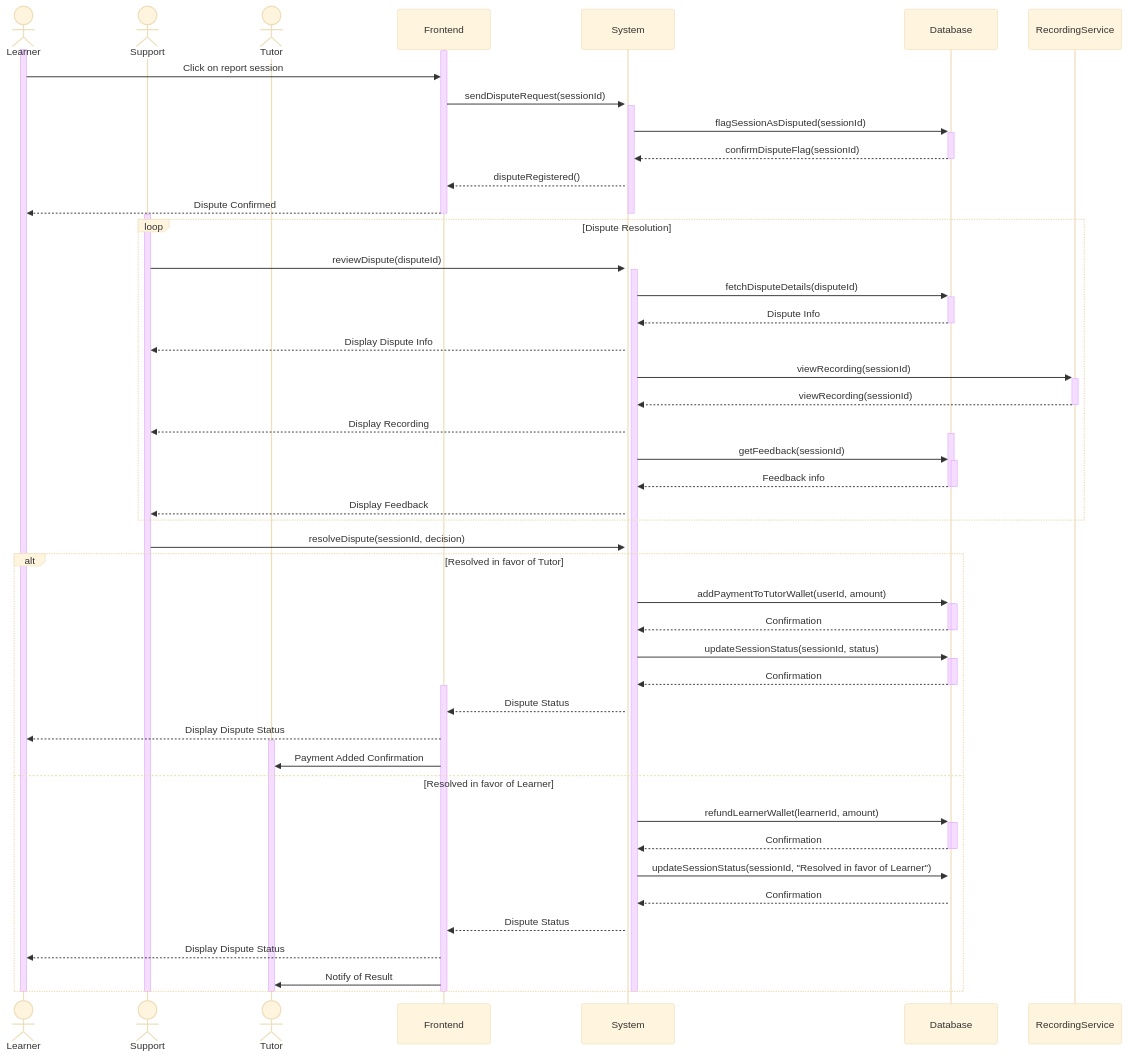
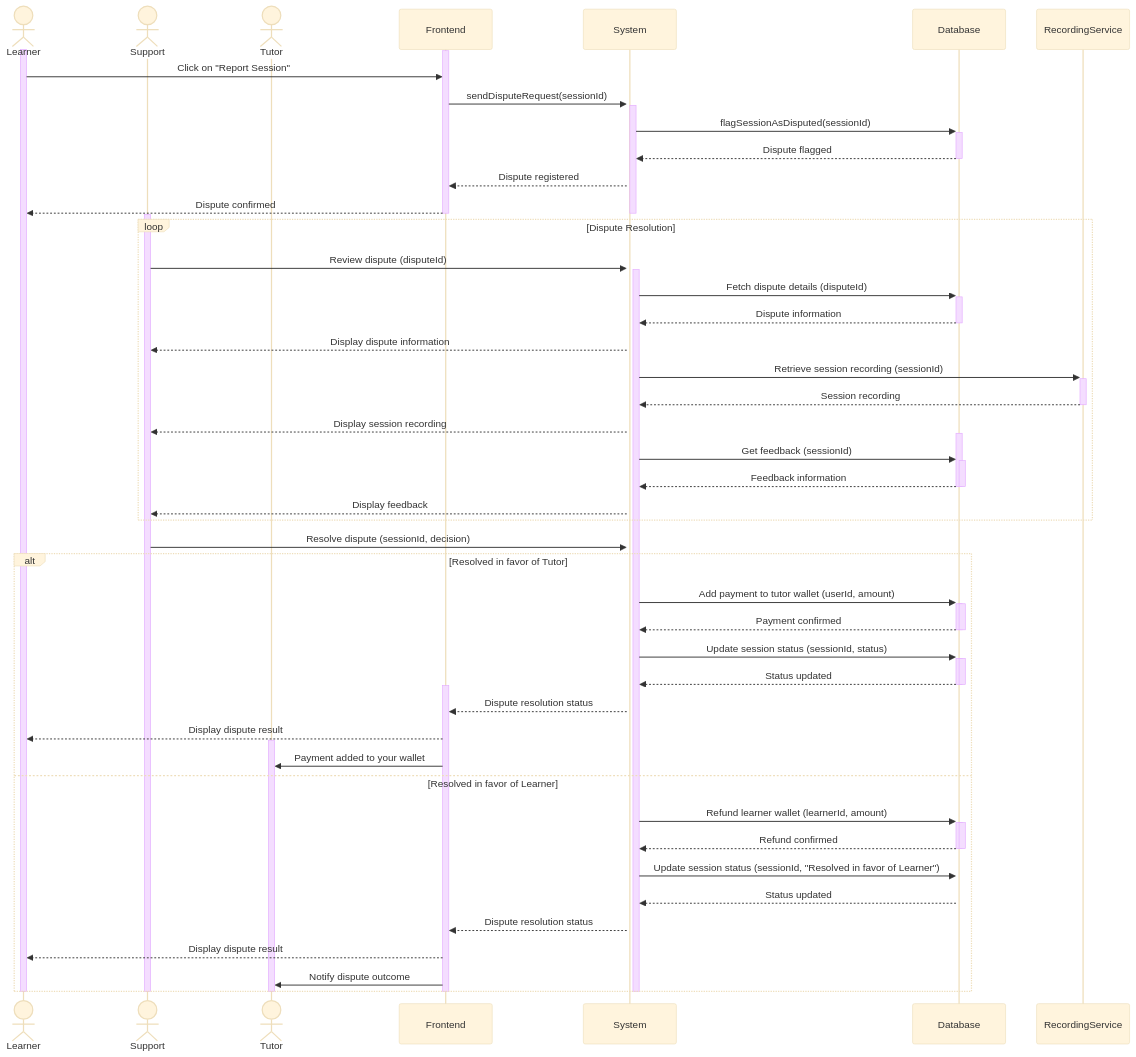
One commit to Shaar03/Diagrams changed the diagram in disputeHandling.mermaid. Above: the diagram before and after it, drawn with Mermaid (base theme).

```diff
--- a/disputeHandling.mermaid
+++ b/disputeHandling.mermaid
@@ -1,71 +1,71 @@
 sequenceDiagram
     actor Learner
     actor Support
     actor Tutor
     participant Frontend
     participant System
     participant Database
     participant RecordingService
 
     activate Learner
     activate Frontend
-    Learner->>Frontend: Click on report session
+    Learner->>Frontend: Click on "Report Session"
     Frontend->>+System: sendDisputeRequest(sessionId)
     activate System
     System->>+Database: flagSessionAsDisputed(sessionId)
-    Database-->>-System: confirmDisputeFlag(sessionId)
-    System-->>Frontend: disputeRegistered()
-    Frontend-->>Learner: Dispute Confirmed
+    Database-->>-System: Dispute flagged
+    System-->>Frontend: Dispute registered
+    Frontend-->>Learner: Dispute confirmed
     deactivate System
     deactivate Frontend
 
     activate Support
     activate System
 
     loop Dispute Resolution
-        Support->>+System: reviewDispute(disputeId)
-        System->>+Database: fetchDisputeDetails(disputeId)
-        Database-->>-System: Dispute Info
-        System-->>Support: Display Dispute Info
-        System->>+RecordingService: viewRecording(sessionId)
-        RecordingService-->>-System: viewRecording(sessionId)
-        System-->>Support: Display Recording
+        Support->>+System: Review dispute (disputeId)
+        System->>+Database: Fetch dispute details (disputeId)
+        Database-->>-System: Dispute information
+        System-->>Support: Display dispute information
+        System->>+RecordingService: Retrieve session recording (sessionId)
+        RecordingService-->>-System: Session recording
+        System-->>Support: Display session recording
 
         activate Database
-        System->>+Database: getFeedback(sessionId)
-        Database-->>-System: Feedback info
+        System->>+Database: Get feedback (sessionId)
+        Database-->>-System: Feedback information
         deactivate Database
-        System-->>Support: Display Feedback
+        System-->>Support: Display feedback
     end
 
-    Support->>System: resolveDispute(sessionId, decision)
+    Support->>System: Resolve dispute (sessionId, decision)
     alt Resolved in favor of Tutor
-        System->>+Database: addPaymentToTutorWallet(userId, amount)
+        System->>+Database: Add payment to tutor wallet (userId, amount)
         activate Database
-        Database-->>-System: Confirmation
+        Database-->>-System: Payment confirmed
         deactivate Database
-        System->>+Database: updateSessionStatus(sessionId, status)
+        System->>+Database: Update session status (sessionId, status)
         activate Database
-        Database-->>-System: Confirmation
+        Database-->>-System: Status updated
         deactivate Database
         activate Frontend
-        System-->>Frontend: Dispute Status
-        Frontend-->>Learner: Display Dispute Status
+        System-->>Frontend: Dispute resolution status
+        Frontend-->>Learner: Display dispute result
         activate Tutor
-        Frontend->>Tutor: Payment Added Confirmation
+        Frontend->>Tutor: Payment added to your wallet
     else Resolved in favor of Learner
-        System->>+Database: refundLearnerWallet(learnerId, amount)
+        System->>+Database: Refund learner wallet (learnerId, amount)
         activate Database
-        Database-->>-System: Confirmation
+        Database-->>-System: Refund confirmed
         deactivate Database
-        System->>+Database: updateSessionStatus(sessionId, "Resolved in favor of Learner")
-        Database-->>System: Confirmation
-        System-->>Frontend: Dispute Status
-        Frontend-->>Learner: Display Dispute Status
-        Frontend->>Tutor: Notify of Result
+        System->>+Database: Update session status (sessionId, "Resolved in favor of Learner")
+        Database-->>System: Status updated
+        System-->>Frontend: Dispute resolution status
+        Frontend-->>Learner: Display dispute result
+        Frontend->>Tutor: Notify dispute outcome
     end
     deactivate System
     deactivate Frontend
     deactivate Support
     deactivate Learner
     deactivate Tutor
```
